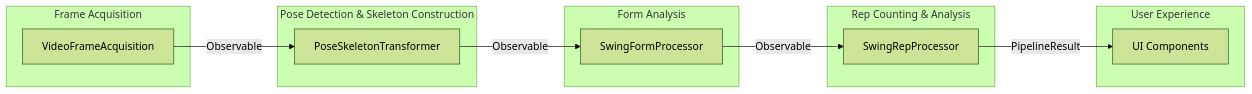
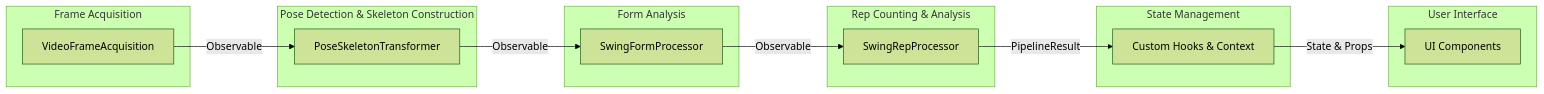
One commit to idvorkin/swing-analyzer changed the second of 2 diagrams in ARCHITECTURE.md. Above: the diagram before and after it, drawn with Mermaid (forest theme). The commit also changed other lines of this file and 6 other files, not shown here.

````diff
--- a/ARCHITECTURE.md
+++ b/ARCHITECTURE.md
@@ -52,27 +53,32 @@
 ```mermaid
 flowchart LR
     A[VideoFrameAcquisition] --> |Observable<FrameEvent>| B[PoseSkeletonTransformer]
     B --> |Observable<SkeletonEvent>| C[SwingFormProcessor]
     C --> |Observable<CheckpointEvent>| D[SwingRepProcessor]
-    D --> |PipelineResult| E[UI Components]
+    D --> |PipelineResult| E[Custom Hooks & Context]
+    E --> |State & Props| F[UI Components]
 
     subgraph "Frame Acquisition"
         A
     end
 
     subgraph "Pose Detection & Skeleton Construction"
         B
     end
 
     subgraph "Form Analysis"
         C
     end
 
     subgraph "Rep Counting & Analysis"
         D
     end
 
-    subgraph "User Experience"
+    subgraph "State Management"
         E
     end
+
+    subgraph "User Interface"
+        F
+    end
 ```
````
